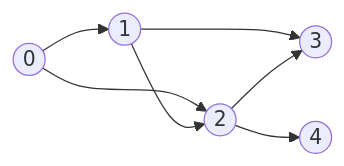
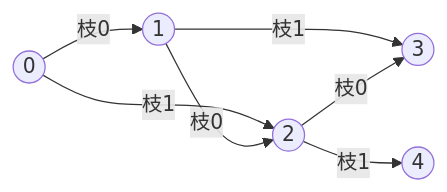
The diagram in docs/institute-of-science-tokyo/engineering/ict/2018/ict_201708_S5.md (Myyura/the_kai_project), drawn with Mermaid before and after one commit. The commit also changed other lines of this file and 366 other files, not shown here.

````diff
--- a/docs/institute-of-science-tokyo/engineering/ict/2018/ict_201708_S5.md
+++ b/docs/institute-of-science-tokyo/engineering/ict/2018/ict_201708_S5.md
@@ -16,9 +16,9 @@
 ```mermaid
 flowchart LR
- N0((0)) --> N1((1))
- N0 --> N2((2))
- N1 --> N2
- N1 --> N3((3))
- N2 --> N3
- N2 --> N4((4))
+ N0((0)) -->|枝0| N1((1))
+ N0 -->|枝1| N2((2))
+ N1 -->|枝0| N2
+ N1 -->|枝1| N3((3))
+ N2 -->|枝0| N3
+ N2 -->|枝1| N4((4))
 ```
````
